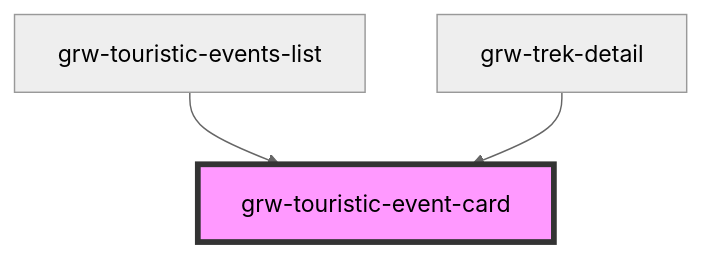
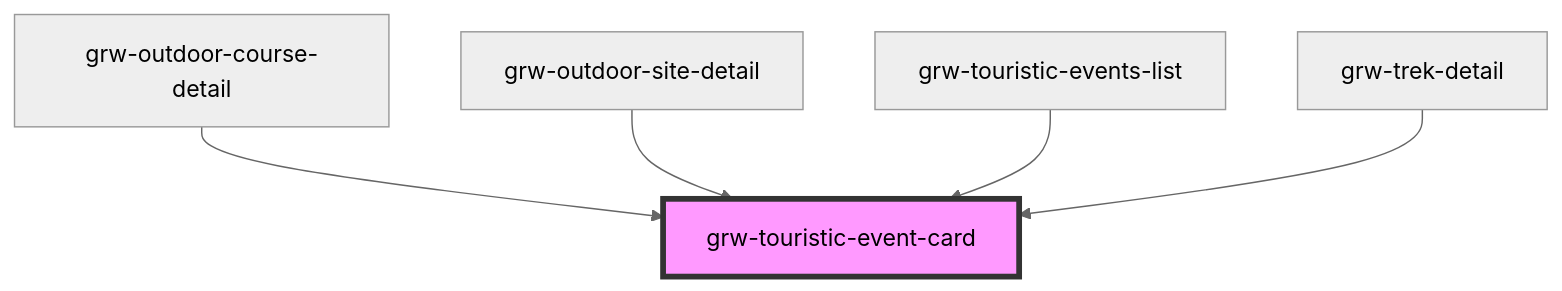
The diagram in src/components/grw-touristic-event-card/readme.md (GeotrekCE/Geotrek-rando-widget), drawn with Mermaid (neutral theme) before and after one commit. The commit also changed other lines of this file and 66 other files, not shown here.

````diff
--- a/src/components/grw-touristic-event-card/readme.md
+++ b/src/components/grw-touristic-event-card/readme.md
@@ -58,6 +60,8 @@
 ```mermaid
 graph TD;
+  grw-outdoor-course-detail --> grw-touristic-event-card
+  grw-outdoor-site-detail --> grw-touristic-event-card
   grw-touristic-events-list --> grw-touristic-event-card
   grw-trek-detail --> grw-touristic-event-card
   style grw-touristic-event-card fill:#f9f,stroke:#333,stroke-width:4px
 ```
````
